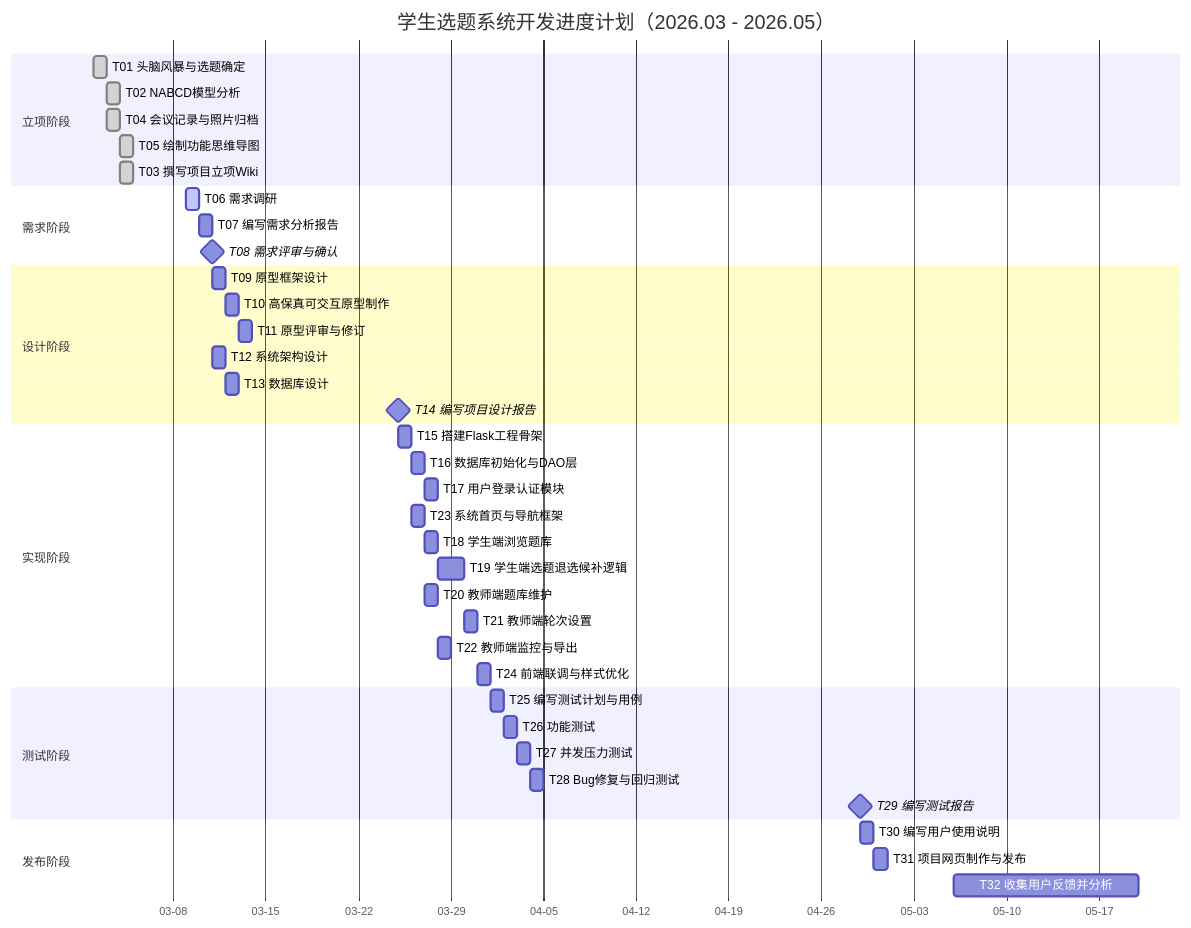
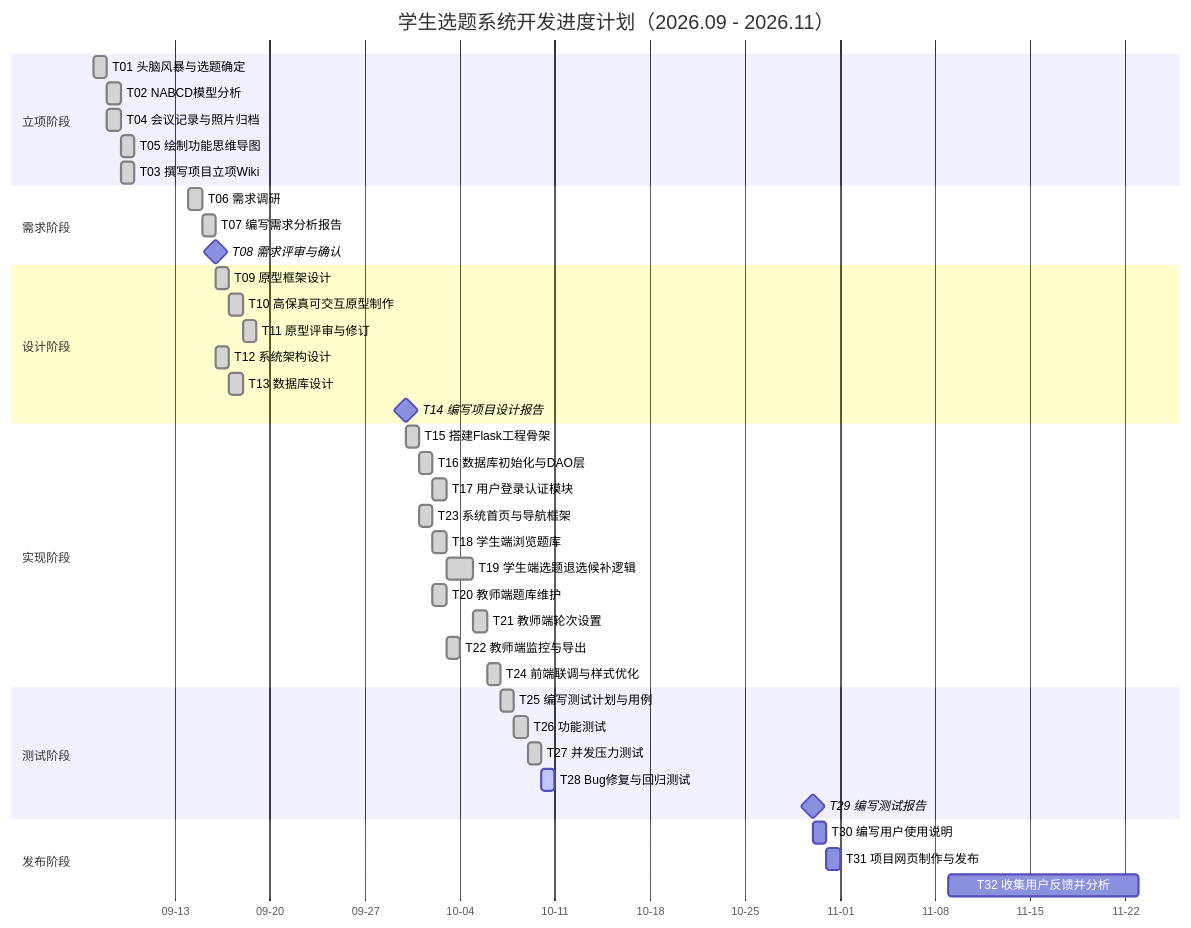
Before and after one commit to haixiaoyuntian/topicgo: the diagram in student-topic-system/wiki/03-进度计划.md, drawn with Mermaid. The commit also changed other lines of this file and 22 other files, not shown here.

First line of the commit message:
chore: 项目实际化修正(2人小组) + 真实截图补全 + 种子数据更新

````diff
--- a/student-topic-system/wiki/03-进度计划.md
+++ b/student-topic-system/wiki/03-进度计划.md
@@ -56,44 +56,44 @@
 ```mermaid
 gantt
-    title 学生选题系统开发进度计划（2026.03 - 2026.05）
+    title 学生选题系统开发进度计划（2026.09 - 2026.11）
     dateFormat  YYYY-MM-DD
     axisFormat  %m-%d
     section 立项阶段
-    T01 头脑风暴与选题确定        :done, t01, 2026-03-02, 1d
+    T01 头脑风暴与选题确定        :done, t01, 2026-09-07, 1d
     T02 NABCD模型分析             :done, t02, after t01, 1d
     T04 会议记录与照片归档        :done, t04, after t01, 1d
     T05 绘制功能思维导图          :done, t05, after t02, 1d
     T03 撰写项目立项Wiki          :done, t03, after t02, 1d
     section 需求阶段
-    T06 需求调研                  :active, t06, 2026-03-09, 1d
-    T07 编写需求分析报告          :t07, after t06, 1d
-    T08 需求评审与确认            :milestone, t08, 2026-03-11, 0d
+    T06 需求调研                  :done, t06, 2026-09-14, 1d
+    T07 编写需求分析报告          :done, t07, after t06, 1d
+    T08 需求评审与确认            :milestone, t08, 2026-09-16, 0d
     section 设计阶段
-    T09 原型框架设计              :t09, after t08, 1d
-    T10 高保真可交互原型制作      :t10, after t09, 1d
-    T11 原型评审与修订            :t11, after t10, 1d
-    T12 系统架构设计              :t12, after t08, 1d
-    T13 数据库设计                :t13, after t12, 1d
-    T14 编写项目设计报告          :milestone, t14, 2026-03-25, 0d
+    T09 原型框架设计              :done, t09, after t08, 1d
+    T10 高保真可交互原型制作      :done, t10, after t09, 1d
+    T11 原型评审与修订            :done, t11, after t10, 1d
+    T12 系统架构设计              :done, t12, after t08, 1d
+    T13 数据库设计                :done, t13, after t12, 1d
+    T14 编写项目设计报告          :milestone, t14, 2026-09-30, 0d
     section 实现阶段
-    T15 搭建Flask工程骨架         :t15, after t14, 1d
-    T16 数据库初始化与DAO层       :t16, after t15, 1d
-    T17 用户登录认证模块          :t17, after t16, 1d
-    T23 系统首页与导航框架        :t23, after t15, 1d
-    T18 学生端浏览题库            :t18, after t16, 1d
-    T19 学生端选题退选候补逻辑    :t19, after t17, 2d
-    T20 教师端题库维护            :t20, after t16, 1d
-    T21 教师端轮次设置            :t21, after t19, 1d
-    T22 教师端监控与导出          :t22, after t20, 1d
-    T24 前端联调与样式优化        :t24, after t21, 1d
+    T15 搭建Flask工程骨架         :done, t15, after t14, 1d
+    T16 数据库初始化与DAO层       :done, t16, after t15, 1d
+    T17 用户登录认证模块          :done, t17, after t16, 1d
+    T23 系统首页与导航框架        :done, t23, after t15, 1d
+    T18 学生端浏览题库            :done, t18, after t16, 1d
+    T19 学生端选题退选候补逻辑    :done, t19, after t17, 2d
+    T20 教师端题库维护            :done, t20, after t16, 1d
+    T21 教师端轮次设置            :done, t21, after t19, 1d
+    T22 教师端监控与导出          :done, t22, after t20, 1d
+    T24 前端联调与样式优化        :done, t24, after t21, 1d
     section 测试阶段
-    T25 编写测试计划与用例        :t25, after t24, 1d
-    T26 功能测试                  :t26, after t25, 1d
-    T27 并发压力测试              :t27, after t26, 1d
-    T28 Bug修复与回归测试         :t28, after t27, 1d
-    T29 编写测试报告              :milestone, t29, 2026-04-29, 0d
+    T25 编写测试计划与用例        :done, t25, after t24, 1d
+    T26 功能测试                  :done, t26, after t25, 1d
+    T27 并发压力测试              :done, t27, after t26, 1d
+    T28 Bug修复与回归测试         :active, t28, after t27, 1d
+    T29 编写测试报告              :milestone, t29, 2026-10-30, 0d
     section 发布阶段
     T30 编写用户使用说明          :t30, after t29, 1d
     T31 项目网页制作与发布        :t31, after t30, 1d
-    T32 收集用户反馈并分析        :t32, 2026-05-06, 14d
+    T32 收集用户反馈并分析        :t32, 2026-11-09, 14d
 ```
````
